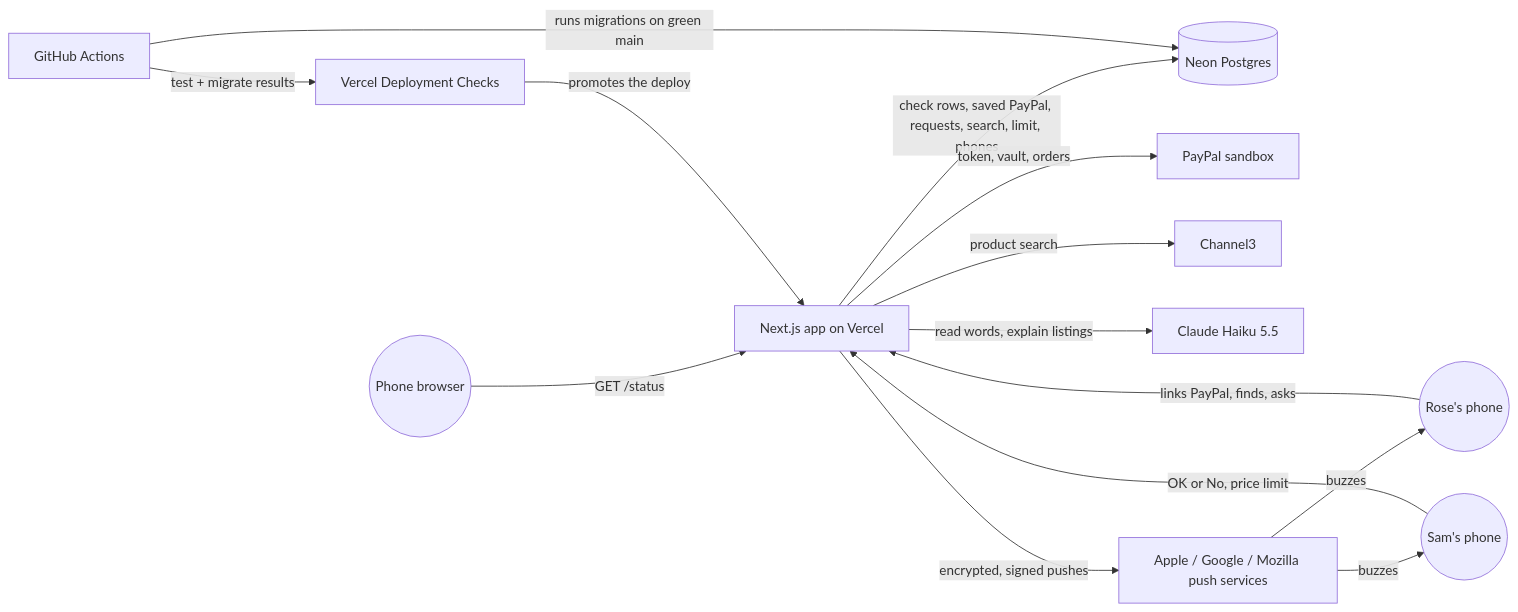
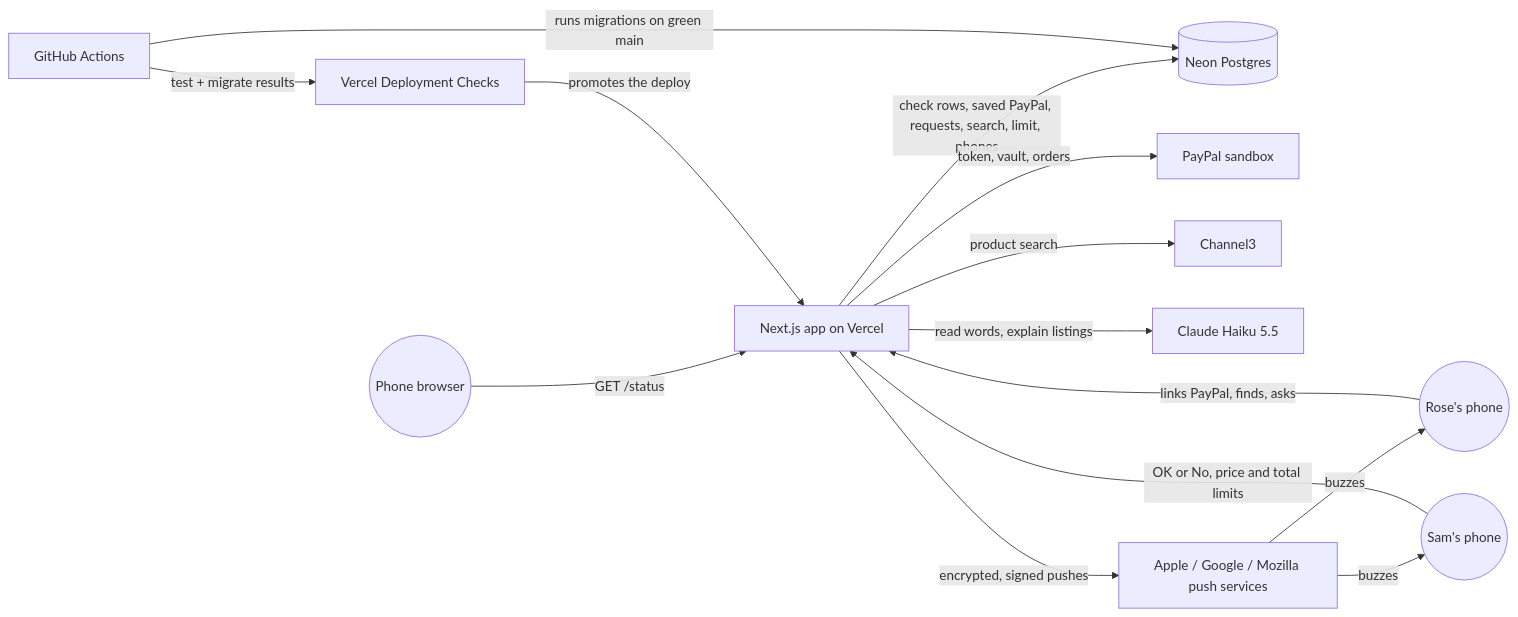
The first of 2 diagrams in docs/ARCHITECTURE.md (dzaffren/kincart), drawn with Mermaid before and after one commit. The commit also changed other lines of this file and 29 other files, not shown here.

````diff
--- a/docs/ARCHITECTURE.md
+++ b/docs/ARCHITECTURE.md
@@ -7,15 +7,15 @@
 ```mermaid
 flowchart LR
     U((Phone browser)) -- "GET /status" --> APP[Next.js app on Vercel]
     R((Rose's phone)) -- "links PayPal, finds, asks" --> APP
-    S((Sam's phone)) -- "OK or No, price limit" --> APP
+    S((Sam's phone)) -- "OK or No, price and total limits" --> APP
     APP -- "check rows, saved PayPal, requests, search, limit, phones" --> NEON[(Neon Postgres)]
     APP -- "token, vault, orders" --> PP[PayPal sandbox]
     APP -- "product search" --> C3[Channel3]
     APP -- "read words, explain listings" --> CL[Claude Haiku 5.5]
     APP -- "encrypted, signed pushes" --> PS[Apple / Google / Mozilla push services]
     PS -- "buzzes" --> R & S
     GH[GitHub Actions] -- "runs migrations on green main" --> NEON
     GH -- "test + migrate results" --> VC[Vercel Deployment Checks]
     VC -- "promotes the deploy" --> APP
 ```
````
